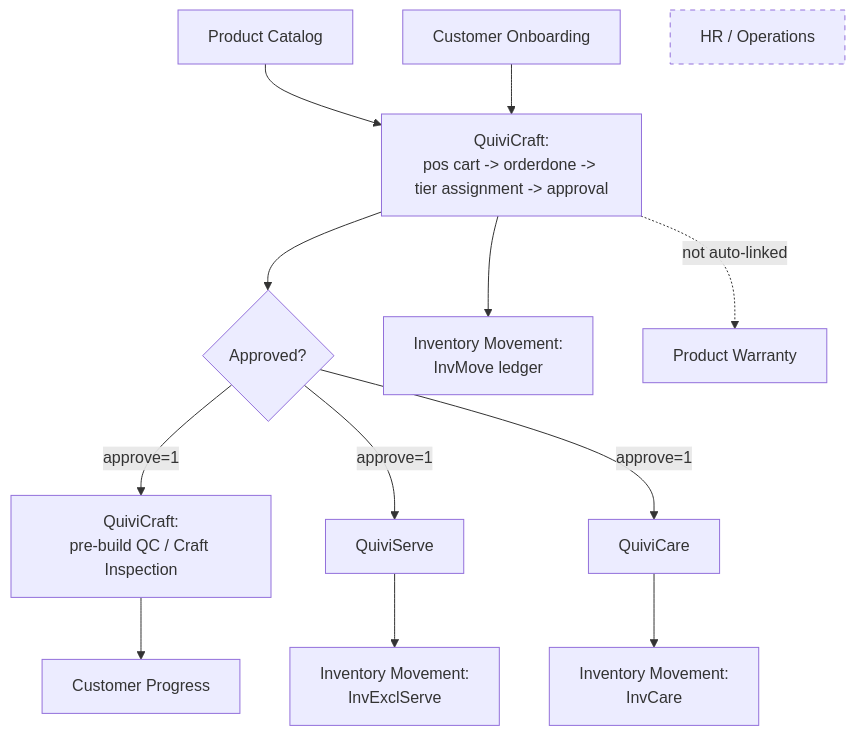
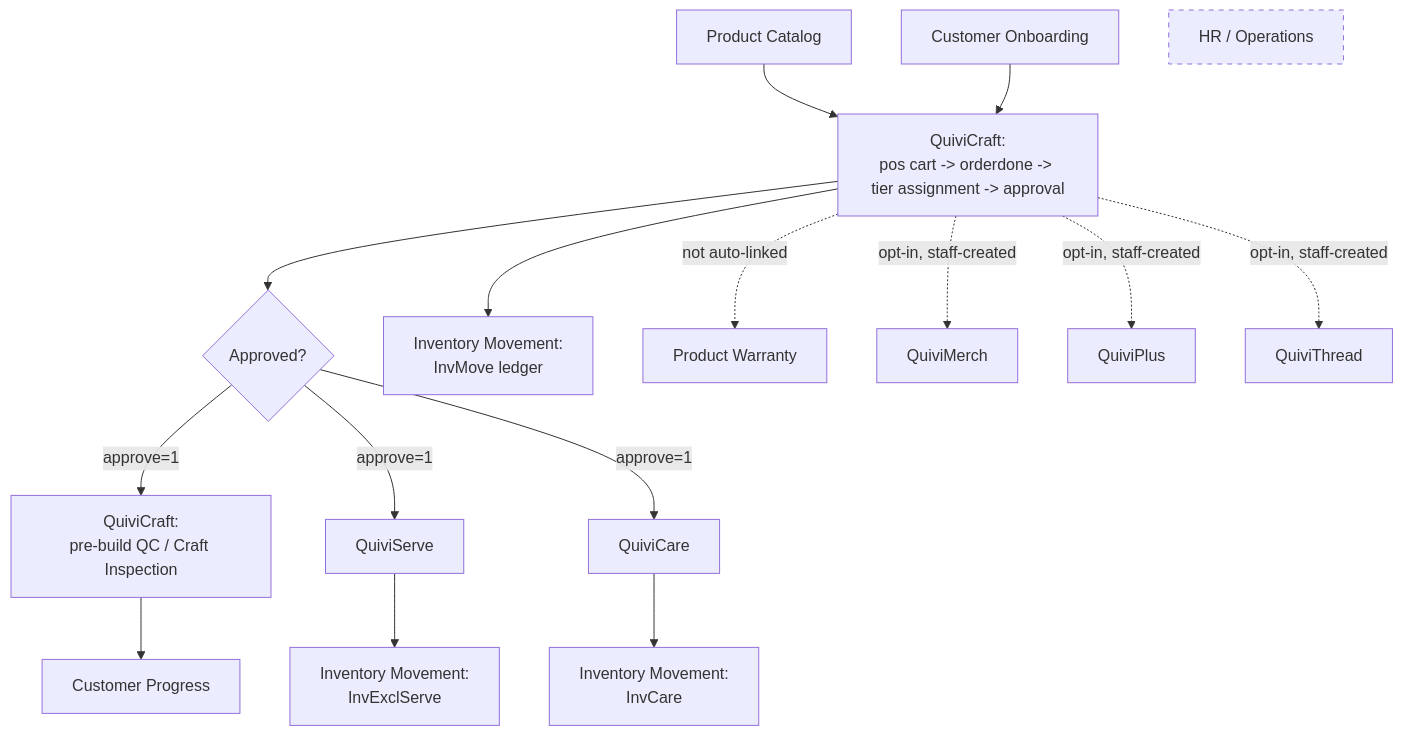
The diagram in docs/QuiviTech/Workflow.md (megatex123/inventory-management), drawn with Mermaid before and after one commit. The commit also changed other lines of this file and 79 other files, not shown here.

First line of the commit message:
Add QuiviMerch, QuiviPlus, QuiviThread modules

````diff
--- a/docs/QuiviTech/Workflow.md
+++ b/docs/QuiviTech/Workflow.md
@@ -11,16 +11,19 @@
 ```mermaid
 flowchart TD
     P0[Product Catalog] --> C
     A[Customer Onboarding] --> C
     C[QuiviCraft:<br/>pos cart -> orderdone -> tier assignment -> approval] --> D{Approved?}
     D -- approve=1 --> F[QuiviCraft:<br/>pre-build QC / Craft Inspection]
     D -- approve=1 --> G[QuiviServe]
     D -- approve=1 --> H[QuiviCare]
     G --> L[Inventory Movement:<br/>InvExclServe]
     H --> K[Inventory Movement:<br/>InvCare]
     C --> M[Inventory Movement:<br/>InvMove ledger]
     F --> N[Customer Progress]
     C -.not auto-linked.-> PW[Product Warranty]
+    C -.opt-in, staff-created.-> QM[QuiviMerch]
+    C -.opt-in, staff-created.-> QP[QuiviPlus]
+    C -.opt-in, staff-created.-> QT[QuiviThread]
     OPS[HR / Operations]:::detached
     classDef detached stroke-dasharray: 5 5
 ```
````
